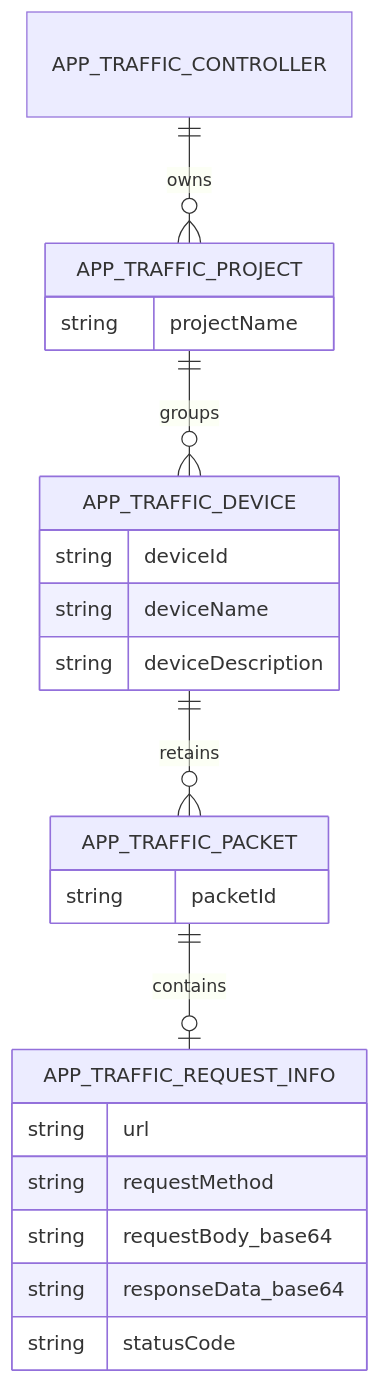
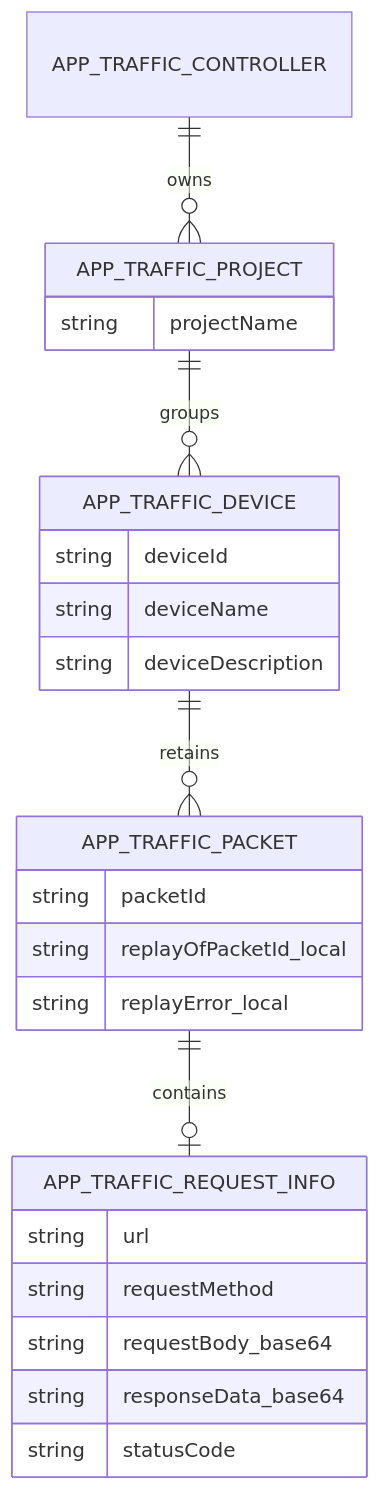
One commit to gingofthesouth/AppTrafficInspector-Mac-App changed the second of 3 diagrams in CODE_ATLAS.md. Above: the diagram before and after it, drawn with Mermaid. The commit also changed other lines of this file and 23 other files, not shown here.

````diff
--- a/CODE_ATLAS.md
+++ b/CODE_ATLAS.md
@@ -371,26 +400,28 @@
 ```mermaid
 erDiagram
     APP_TRAFFIC_CONTROLLER ||--o{ APP_TRAFFIC_PROJECT : owns
     APP_TRAFFIC_PROJECT ||--o{ APP_TRAFFIC_DEVICE : groups
     APP_TRAFFIC_DEVICE ||--o{ APP_TRAFFIC_PACKET : retains
     APP_TRAFFIC_PACKET ||--o| APP_TRAFFIC_REQUEST_INFO : contains
 
     APP_TRAFFIC_PROJECT {
         string projectName
     }
     APP_TRAFFIC_DEVICE {
         string deviceId
         string deviceName
         string deviceDescription
     }
     APP_TRAFFIC_PACKET {
         string packetId
+        string replayOfPacketId_local
+        string replayError_local
     }
     APP_TRAFFIC_REQUEST_INFO {
         string url
         string requestMethod
         string requestBody_base64
         string responseData_base64
         string statusCode
     }
 ```
````
